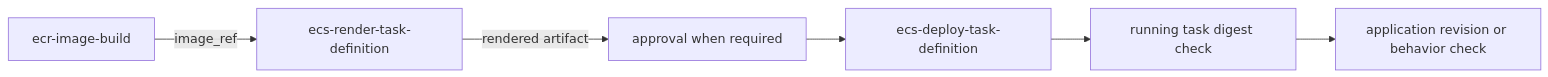
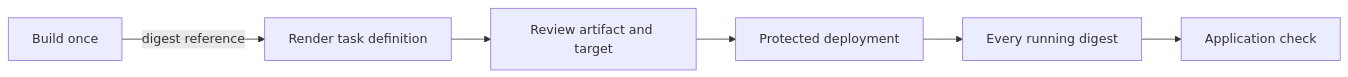
The diagram in aws/delivery/references/reusable-workflows.md (acastro2/alex-skills), drawn with Mermaid before and after one commit. The commit also changed other lines of this file and 101 other files, not shown here.

````diff
--- a/aws/delivery/references/reusable-workflows.md
+++ b/aws/delivery/references/reusable-workflows.md
@@ -118,8 +28,8 @@
 ```mermaid
 flowchart LR
-    A[ecr-image-build] -->|image_ref| B[ecs-render-task-definition]
-    B -->|rendered artifact| C[approval when required]
-    C --> D[ecs-deploy-task-definition]
-    D --> E[running task digest check]
-    E --> F[application revision or behavior check]
+    A[Build once] -->|digest reference| B[Render task definition]
+    B --> C[Review artifact and target]
+    C --> D[Protected deployment]
+    D --> E[Every running digest]
+    E --> F[Application check]
 ```
````
